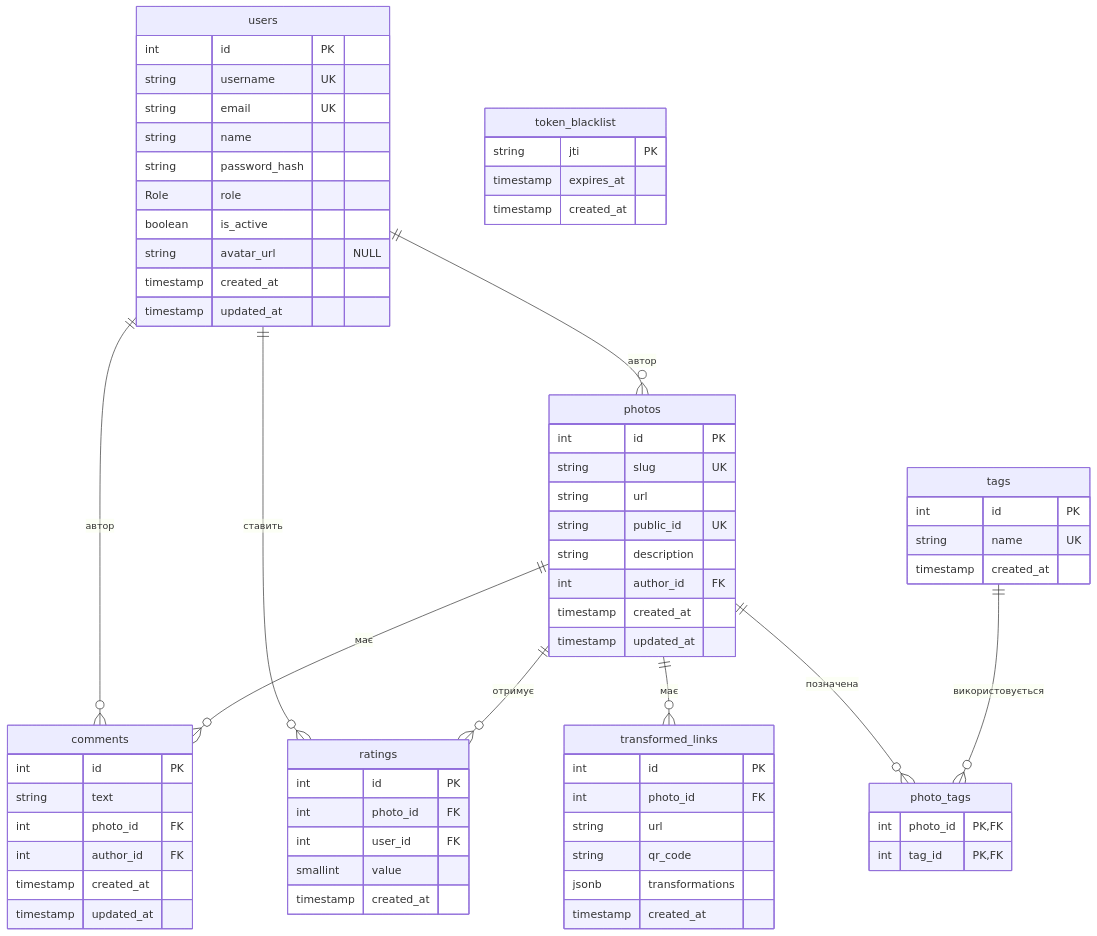
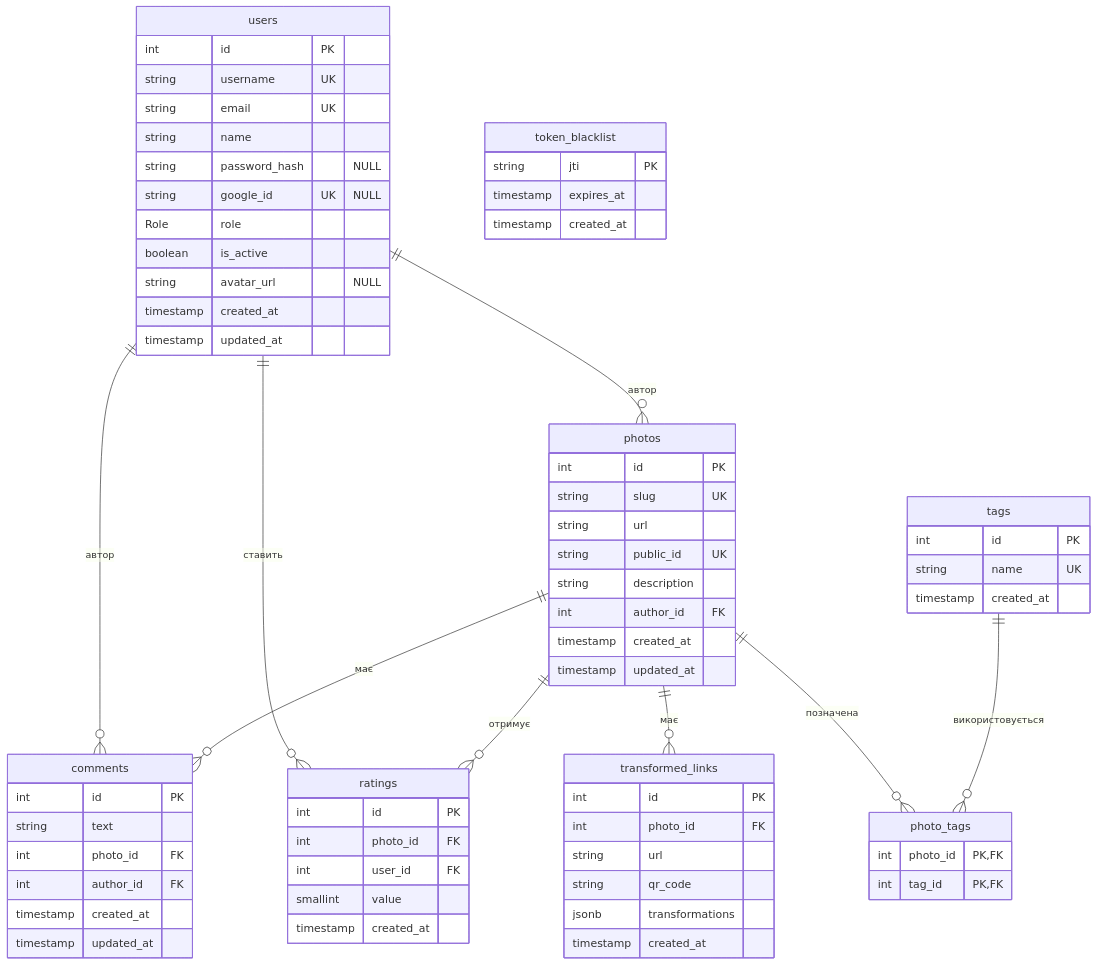
Before and after one commit to nikita-kotliar/photoShare: the diagram in docs/DATA_MODEL.md, drawn with Mermaid. The commit also changed other lines of this file and 10 other files, not shown here.

````diff
--- a/docs/DATA_MODEL.md
+++ b/docs/DATA_MODEL.md
@@ -14,71 +14,72 @@
 ```mermaid
 erDiagram
     users ||--o{ photos : "автор"
     users ||--o{ comments : "автор"
     users ||--o{ ratings : "ставить"
     photos ||--o{ comments : "має"
     photos ||--o{ ratings : "отримує"
     photos ||--o{ transformed_links : "має"
     photos ||--o{ photo_tags : "позначена"
     tags ||--o{ photo_tags : "використовується"
 
     users {
         int id PK
         string username UK
         string email UK
         string name
-        string password_hash
+        string password_hash "NULL"
+        string google_id UK "NULL"
         Role role
         boolean is_active
         string avatar_url "NULL"
         timestamp created_at
         timestamp updated_at
     }
     photos {
         int id PK
         string slug UK
         string url
         string public_id UK
         string description
         int author_id FK
         timestamp created_at
         timestamp updated_at
     }
     tags {
         int id PK
         string name UK
         timestamp created_at
     }
     photo_tags {
         int photo_id PK,FK
         int tag_id PK,FK
     }
     comments {
         int id PK
         string text
         int photo_id FK
         int author_id FK
         timestamp created_at
         timestamp updated_at
     }
     transformed_links {
         int id PK
         int photo_id FK
         string url
         string qr_code
         jsonb transformations
         timestamp created_at
     }
     ratings {
         int id PK
         int photo_id FK
         int user_id FK
         smallint value
         timestamp created_at
     }
     token_blacklist {
         string jti PK
         timestamp expires_at
         timestamp created_at
     }
 ```
````
